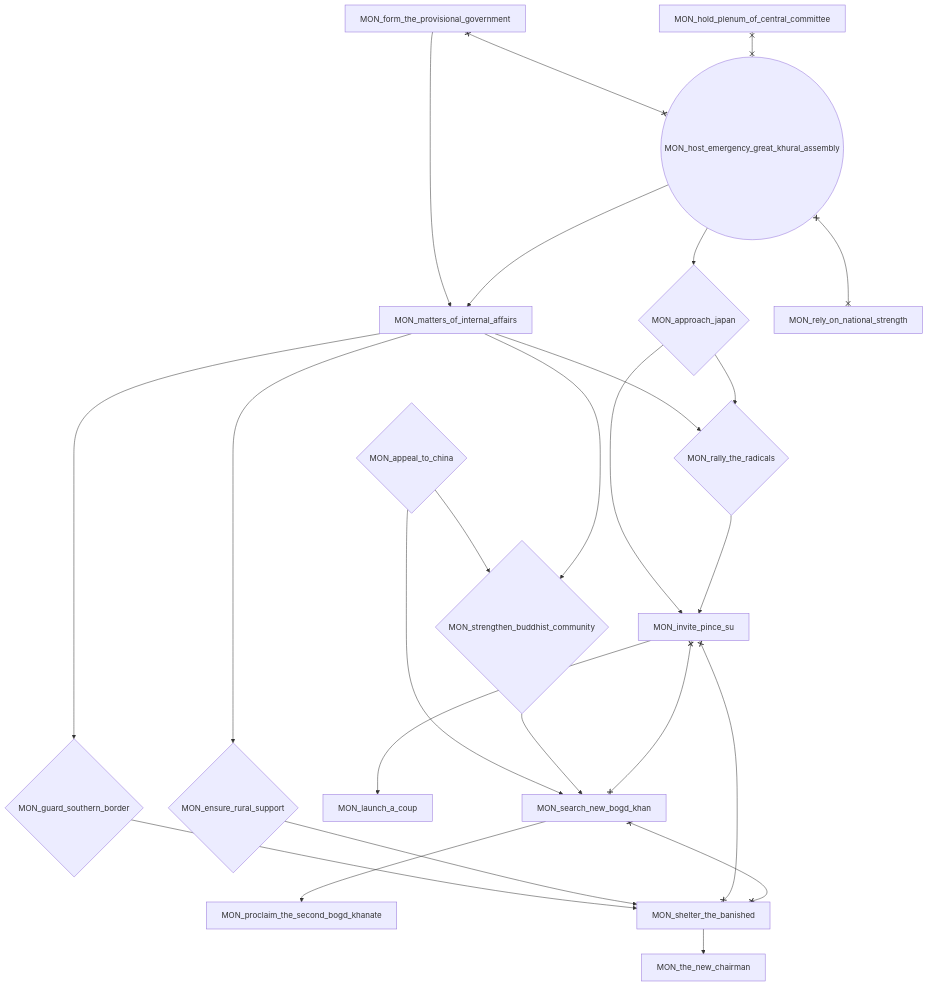
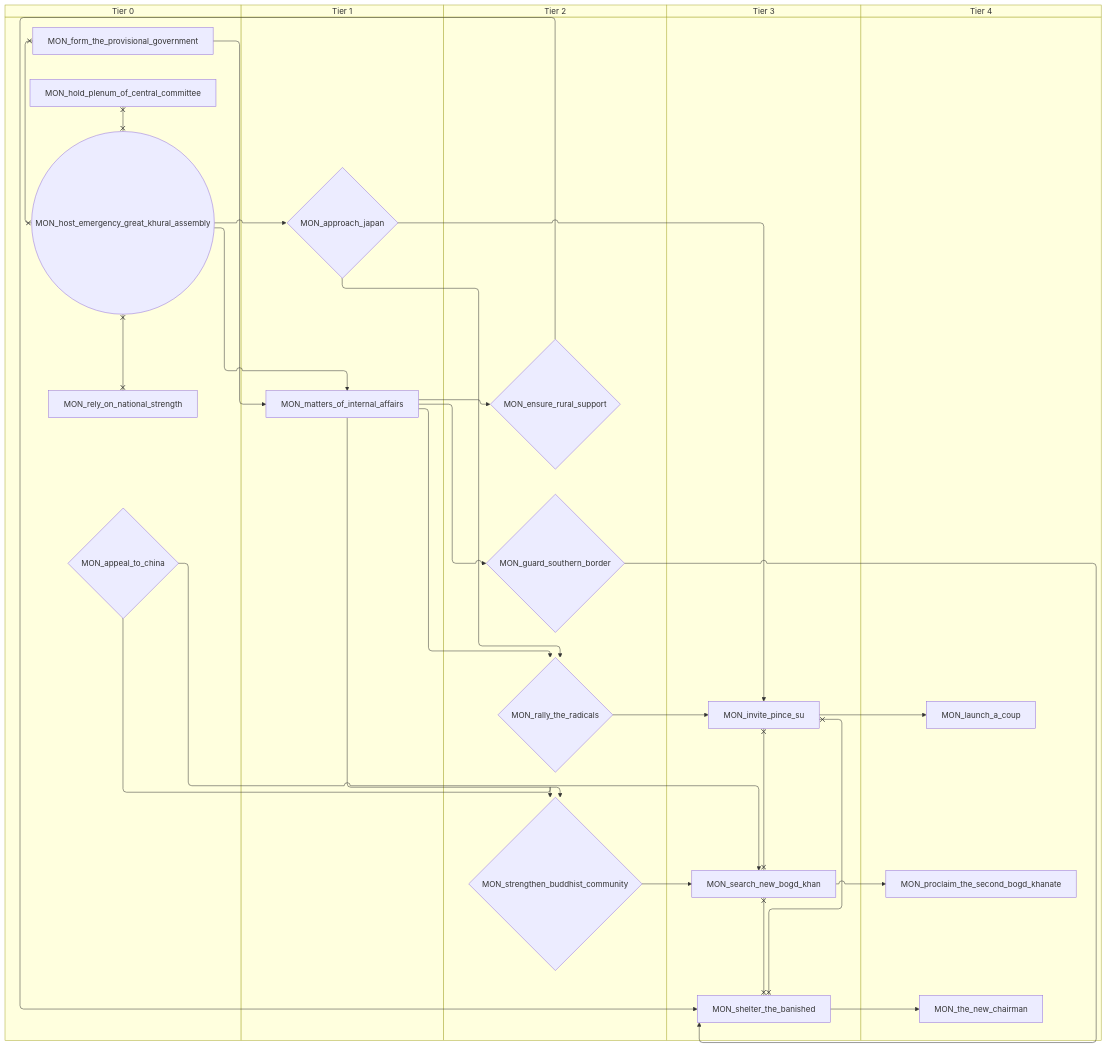
One commit to evgeny-sobol/hoi4-sandbox-mode-r56 changed the seventh of 10 diagrams in docs/gdd/National Focuses/r56/mongolia.md. Above: the diagram before and after it, drawn with Mermaid. The commit also changed other lines of this file and 423 other files, not shown here.

First line of the commit message:
Re-export Rt56 focus trees as swimlane diagrams

````diff
--- a/docs/gdd/National Focuses/r56/mongolia.md
+++ b/docs/gdd/National Focuses/r56/mongolia.md
@@ -628,44 +722,54 @@
 ```mermaid
-flowchart TD
-    n64{"MON_appeal_to_china"}
-    n65{"MON_approach_japan"}
-    n75{"MON_ensure_rural_support"}
-    n82["MON_form_the_provisional_government"]
-    n85{"MON_guard_southern_border"}
-    n86["MON_hold_plenum_of_central_committee"]
-    n87(("MON_host_emergency_great_khural_assembly"))
-    n91["MON_invite_pince_su"]
-    n92["MON_launch_a_coup"]
-    n94["MON_matters_of_internal_affairs"]
-    n98["MON_proclaim_the_second_bogd_khanate"]
-    n102{"MON_rally_the_radicals"}
-    n104["MON_rely_on_national_strength"]
-    n109["MON_search_new_bogd_khan"]
-    n110["MON_shelter_the_banished"]
-    n113{"MON_strengthen_buddhist_community"}
-    n118["MON_the_new_chairman"]
-    n87 --> n65
-    n94 --> n75
-    n94 --> n85
-    n65 --> n91
-    n102 --> n91
-    n91 --> n92
-    n82 --> n94
-    n87 --> n94
-    n109 --> n98
-    n94 --> n102
-    n65 --> n102
-    n64 --> n109
-    n113 --> n109
-    n85 --> n110
-    n75 --> n110
-    n64 --> n113
-    n94 --> n113
-    n110 --> n118
-    n82 x--x n87
-    n86 x--x n87
-    n87 x--x n104
-    n91 x--x n109
-    n91 x--x n110
-    n109 x--x n110
+swimlane-beta TD
+    subgraph tier_0["Tier 0"]
+        n70{"MON_appeal_to_china"}
+        n64["MON_form_the_provisional_government"]
+        n65["MON_hold_plenum_of_central_committee"]
+        n66(("MON_host_emergency_great_khural_assembly"))
+        n67["MON_rely_on_national_strength"]
+    end
+    subgraph tier_1["Tier 1"]
+        n62{"MON_approach_japan"}
+        n73["MON_matters_of_internal_affairs"]
+    end
+    subgraph tier_2["Tier 2"]
+        n74{"MON_ensure_rural_support"}
+        n76{"MON_guard_southern_border"}
+        n78{"MON_rally_the_radicals"}
+        n80{"MON_strengthen_buddhist_community"}
+    end
+    subgraph tier_3["Tier 3"]
+        n81["MON_invite_pince_su"]
+        n82["MON_search_new_bogd_khan"]
+        n83["MON_shelter_the_banished"]
+    end
+    subgraph tier_4["Tier 4"]
+        n88["MON_launch_a_coup"]
+        n89["MON_proclaim_the_second_bogd_khanate"]
+        n90["MON_the_new_chairman"]
+    end
+    n66 --> n62
+    n73 --> n74
+    n73 --> n76
+    n62 --> n81
+    n78 --> n81
+    n81 --> n88
+    n64 --> n73
+    n66 --> n73
+    n82 --> n89
+    n73 --> n78
+    n62 --> n78
+    n70 --> n82
+    n80 --> n82
+    n76 --> n83
+    n74 --> n83
+    n70 --> n80
+    n73 --> n80
+    n83 --> n90
+    n64 x--x n66
+    n65 x--x n66
+    n66 x--x n67
+    n81 x--x n82
+    n81 x--x n83
+    n82 x--x n83
 ```
````
